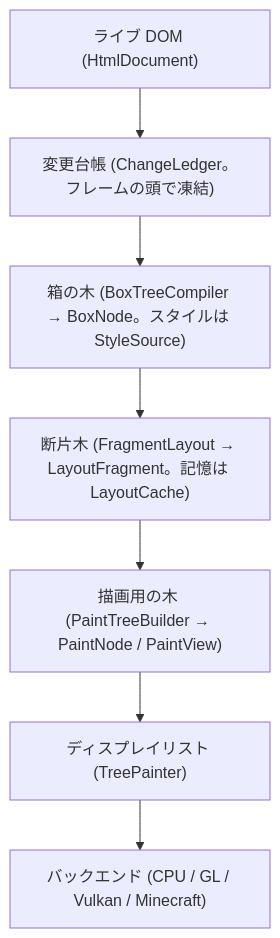
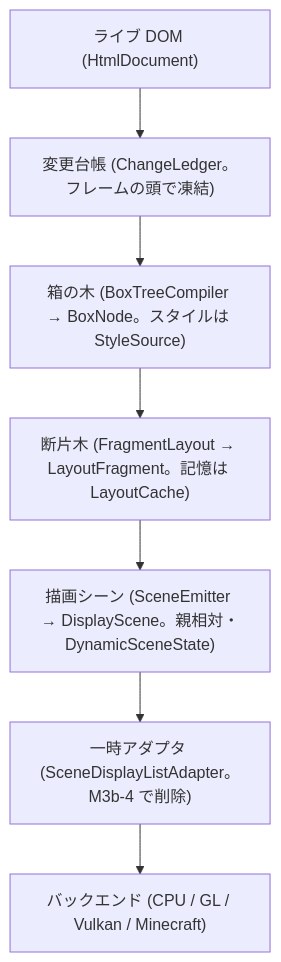
One commit to nishiyu24/EnderFrameLib changed the second of 2 diagrams in docs/ARCHITECTURE.md. Above: the diagram before and after it, drawn with Mermaid. The commit also changed other lines of this file and 121 other files, not shown here.

First line of the commit message:
refactor(paint): DisplayScene と SceneEmitter を導入し旧描画用の木を削除 (M3b)

````diff
--- a/docs/ARCHITECTURE.md
+++ b/docs/ARCHITECTURE.md
@@ -197,9 +198,9 @@
 ```mermaid
 flowchart TD
     DOM["ライブ DOM (HtmlDocument)"] --> Ledger["変更台帳 (ChangeLedger。フレームの頭で凍結)"]
     Ledger --> BoxTree["箱の木 (BoxTreeCompiler → BoxNode。スタイルは StyleSource)"]
     BoxTree --> Layout["断片木 (FragmentLayout → LayoutFragment。記憶は LayoutCache)"]
-    Layout --> PaintTree["描画用の木 (PaintTreeBuilder → PaintNode / PaintView)"]
-    PaintTree --> DisplayList["ディスプレイリスト (TreePainter)"]
-    DisplayList --> Drawer["バックエンド (CPU / GL / Vulkan / Minecraft)"]
+    Layout --> Scene["描画シーン (SceneEmitter → DisplayScene。親相対・DynamicSceneState)"]
+    Scene --> Adapter["一時アダプタ (SceneDisplayListAdapter。M3b-4 で削除)"]
+    Adapter --> Drawer["バックエンド (CPU / GL / Vulkan / Minecraft)"]
 ```
````
